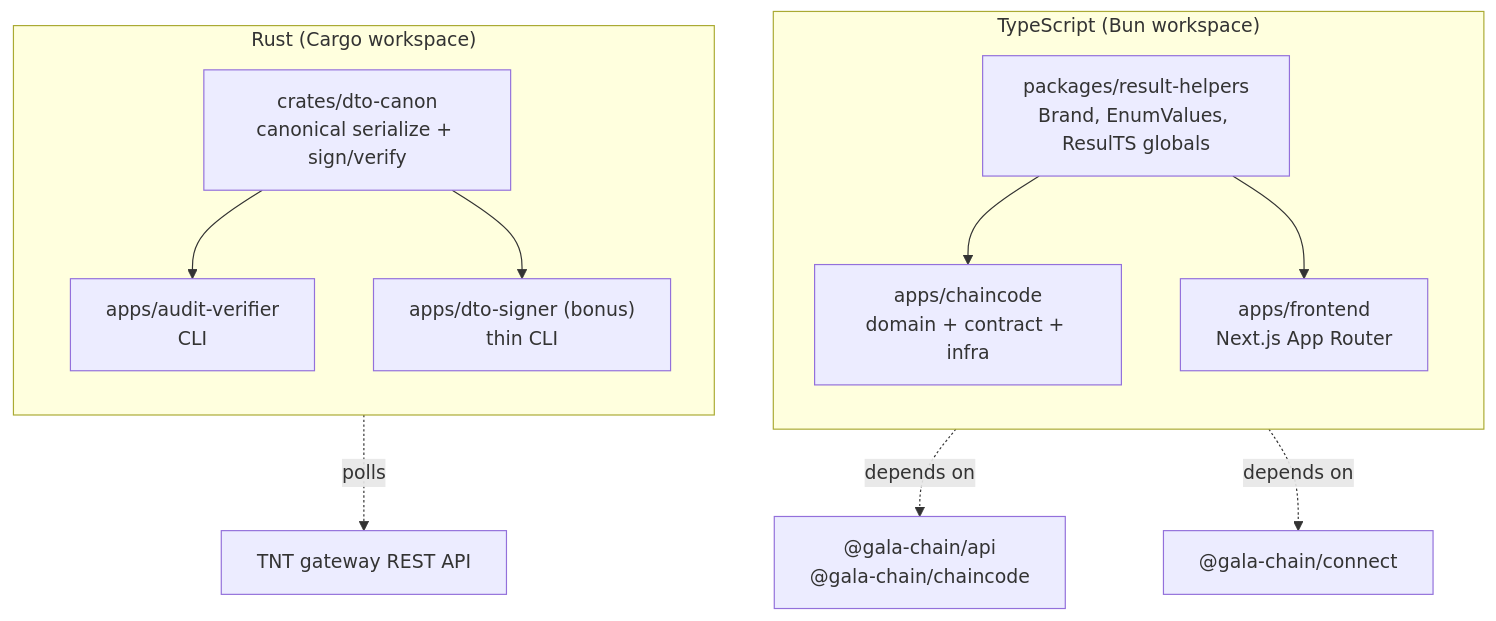
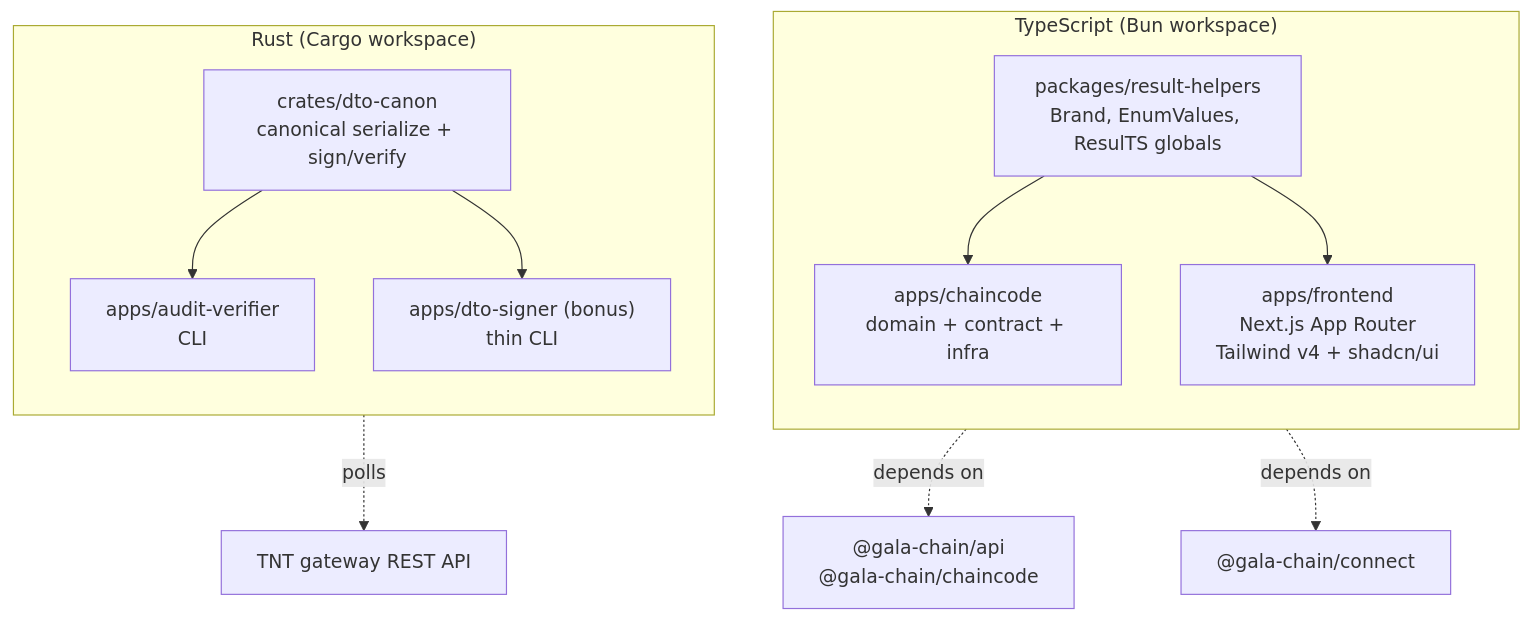
One commit to JohnnyCarreiro/gala-audit-trail-showcase changed the third of 3 diagrams in docs/sad.md. Above: the diagram before and after it, drawn with Mermaid. The commit also changed 2 other files, not shown here.

Commit message:
docs(meta): adopt Tailwind v4 + shadcn/ui for the frontend
Two stack decisions for FEAT-005, locked in to keep frontend at
~1 day instead of ~3:

- Tailwind CSS v4 (CSS-first config via @theme directive, no
  tailwind.config.js)
- shadcn/ui (Radix primitives copy-pasted under
  apps/frontend/components/ui/, no runtime lib bloat). Same stack
  as MyApprofile's packages/ui.

ADR-0004 expanded with the new stack lines + 2 alternatives
considered (custom components, Mantine/Chakra/MUI). FEAT-005
acceptance updated to require shadcn init + minimum component set
(Button, Card, Input, Form, Label, Sonner, Skeleton, Badge).
SAD component view annotated with the UI stack.

````diff
--- a/docs/sad.md
+++ b/docs/sad.md
@@ -68,24 +68,24 @@
 ```mermaid
 flowchart TB
   subgraph TS_Workspace["TypeScript (Bun workspace)"]
     direction TB
     Helpers["packages/result-helpers<br/>Brand, EnumValues, ResulTS globals"]
     Chaincode["apps/chaincode<br/>domain + contract + infra"]
-    Frontend["apps/frontend<br/>Next.js App Router"]
+    Frontend["apps/frontend<br/>Next.js App Router<br/>Tailwind v4 + shadcn/ui"]
     Helpers --> Chaincode
     Helpers --> Frontend
   end
 
   subgraph Rust_Workspace["Rust (Cargo workspace)"]
     direction TB
     DtoCanon["crates/dto-canon<br/>canonical serialize + sign/verify"]
     Verifier["apps/audit-verifier<br/>CLI"]
     Signer["apps/dto-signer (bonus)<br/>thin CLI"]
     DtoCanon --> Verifier
     DtoCanon --> Signer
   end
 
   Chaincode -. depends on .-> SDK["@gala-chain/api<br/>@gala-chain/chaincode"]
   Frontend -. depends on .-> Connect["@gala-chain/connect"]
   Verifier -. polls .-> Gateway["TNT gateway REST API"]
 ```
````
